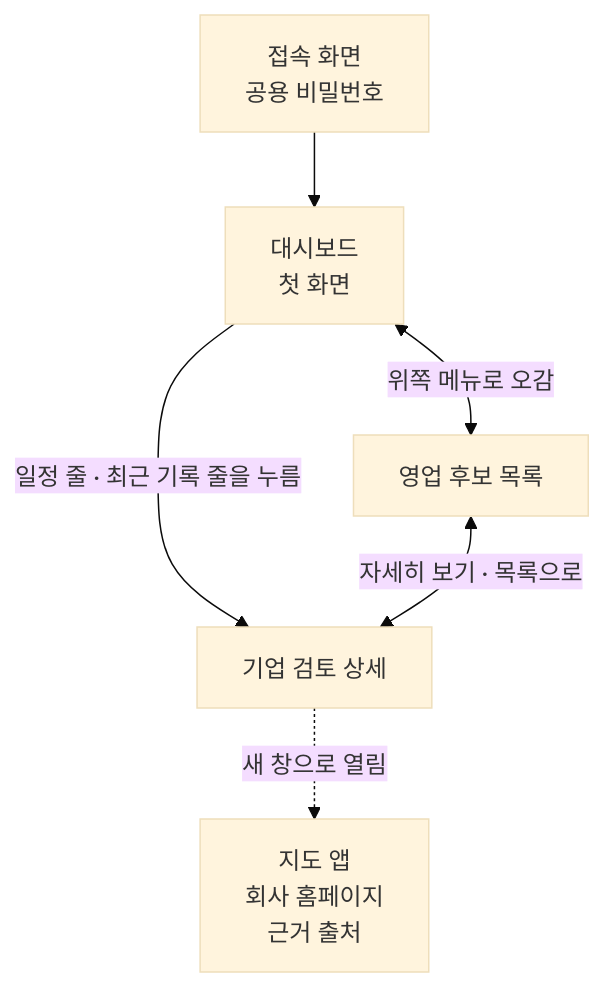
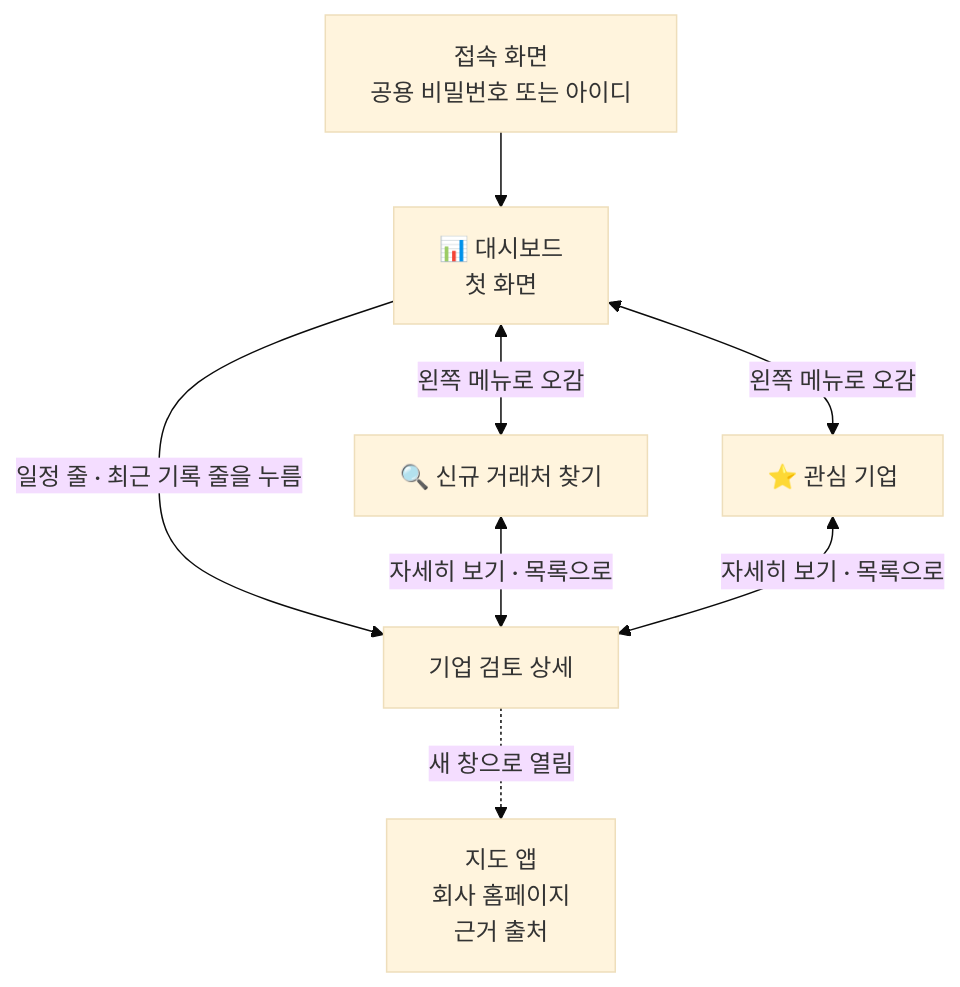
The second of 4 diagrams in docs/map/feature-map.md (agent-ddalgi-team/final-geosan), drawn with Mermaid (base theme) before and after one commit. The commit also changed other lines of this file and 3 other files, not shown here.

````diff
--- a/docs/map/feature-map.md
+++ b/docs/map/feature-map.md
@@ -48,8 +48,10 @@
 ```mermaid
 flowchart TB
-    G["접속 화면<br/>공용 비밀번호"] --> D["대시보드<br/>첫 화면"]
-    D <-->|"위쪽 메뉴로 오감"| L["영업 후보 목록"]
+    G["접속 화면<br/>공용 비밀번호 또는 아이디"] --> D["📊 대시보드<br/>첫 화면"]
+    D <-->|"왼쪽 메뉴로 오감"| L["🔍 신규 거래처 찾기"]
+    D <-->|"왼쪽 메뉴로 오감"| B["⭐ 관심 기업"]
     D -->|"일정 줄 · 최근 기록 줄을 누름"| S["기업 검토 상세"]
     L <-->|"자세히 보기 · 목록으로"| S
+    B <-->|"자세히 보기 · 목록으로"| S
     S -.->|"새 창으로 열림"| O["지도 앱<br/>회사 홈페이지<br/>근거 출처"]
 ```
````
